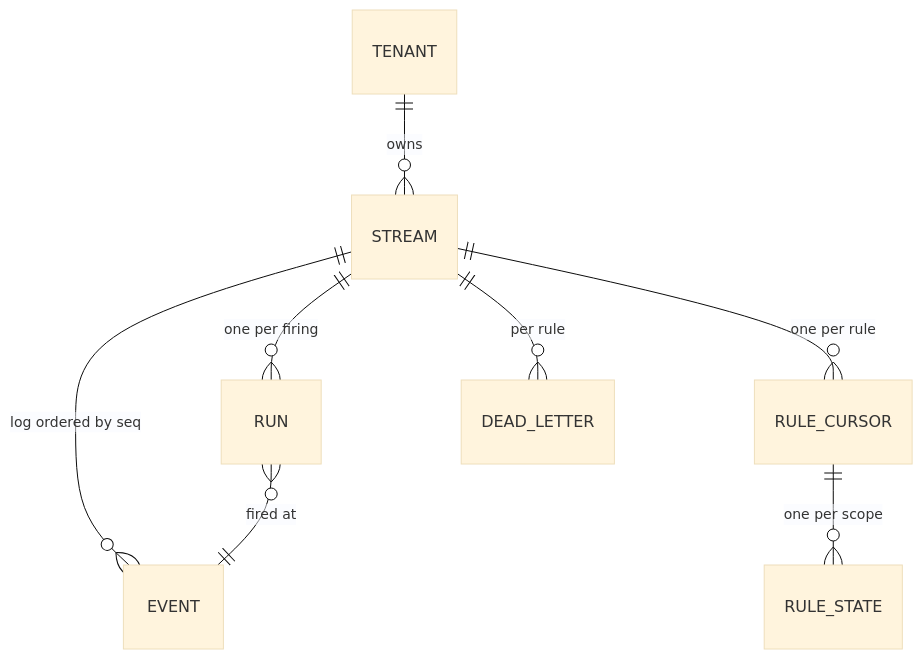
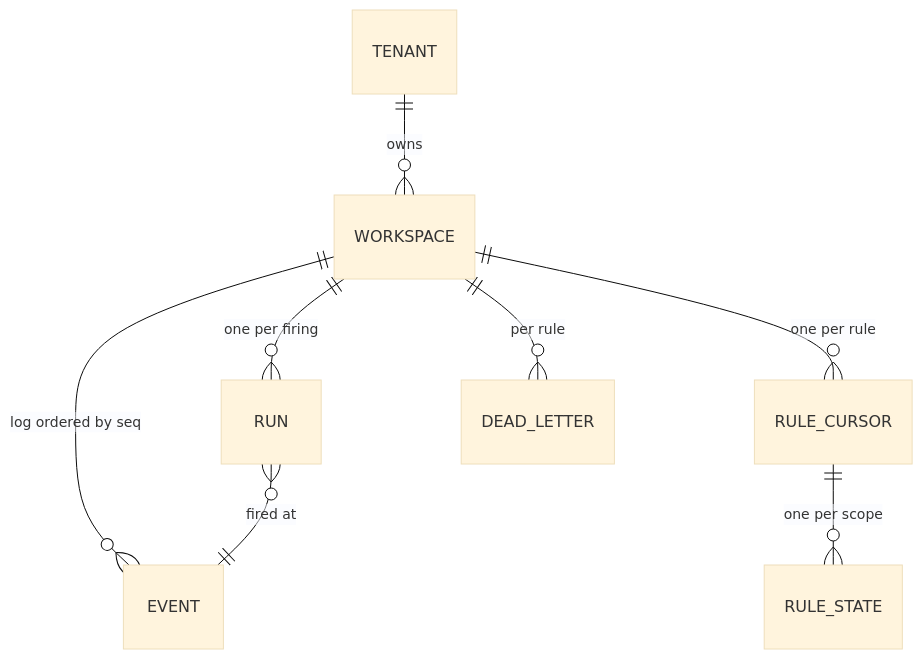
Before and after one commit to alexnodeland/lattice: the fourth of 4 diagrams in packages/reflexr/docs/architecture.md, drawn with Mermaid (base theme). The commit also changed other lines of this file and 8 other files, not shown here.

````diff
--- a/packages/reflexr/docs/architecture.md
+++ b/packages/reflexr/docs/architecture.md
@@ -314,10 +314,10 @@
 ```mermaid
 erDiagram
-    TENANT ||--o{ STREAM : owns
-    STREAM ||--o{ EVENT : "log ordered by seq"
-    STREAM ||--o{ RULE_CURSOR : "one per rule"
+    TENANT ||--o{ WORKSPACE : owns
+    WORKSPACE ||--o{ EVENT : "log ordered by seq"
+    WORKSPACE ||--o{ RULE_CURSOR : "one per rule"
     RULE_CURSOR ||--o{ RULE_STATE : "one per scope"
-    STREAM ||--o{ RUN : "one per firing"
+    WORKSPACE ||--o{ RUN : "one per firing"
     RUN }o--|| EVENT : "fired at"
-    STREAM ||--o{ DEAD_LETTER : "per rule"
+    WORKSPACE ||--o{ DEAD_LETTER : "per rule"
 ```
````
